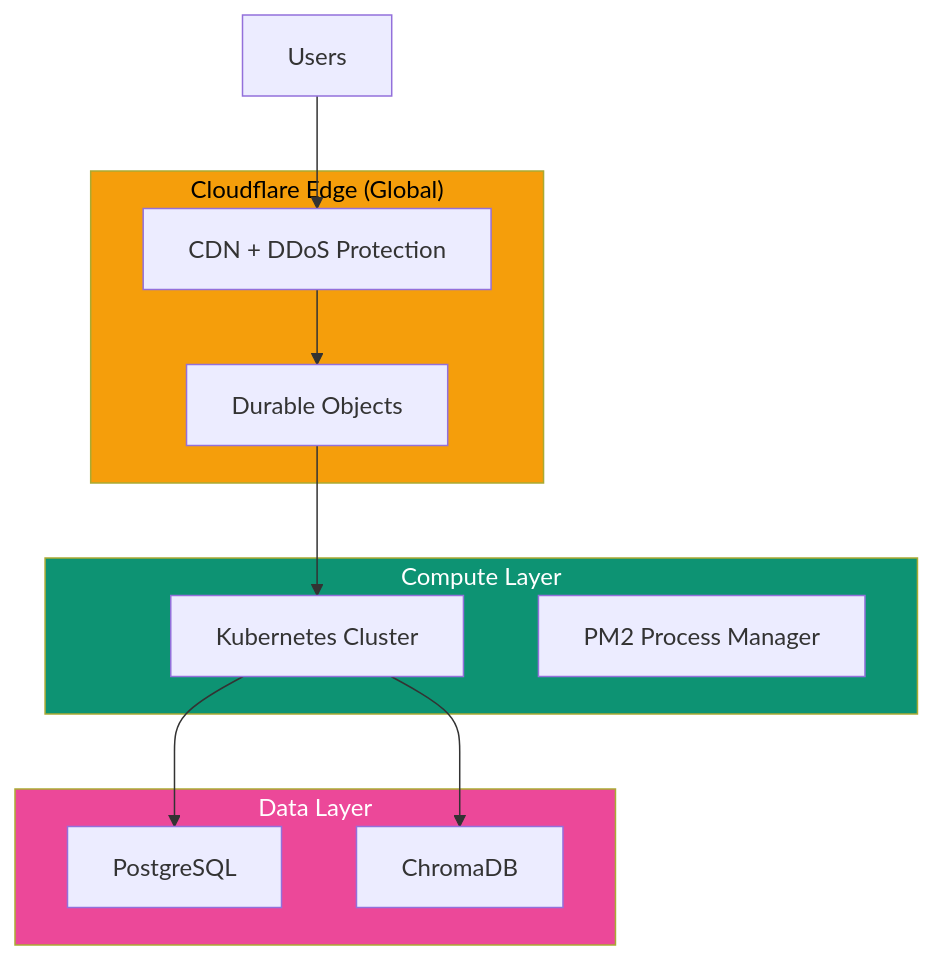
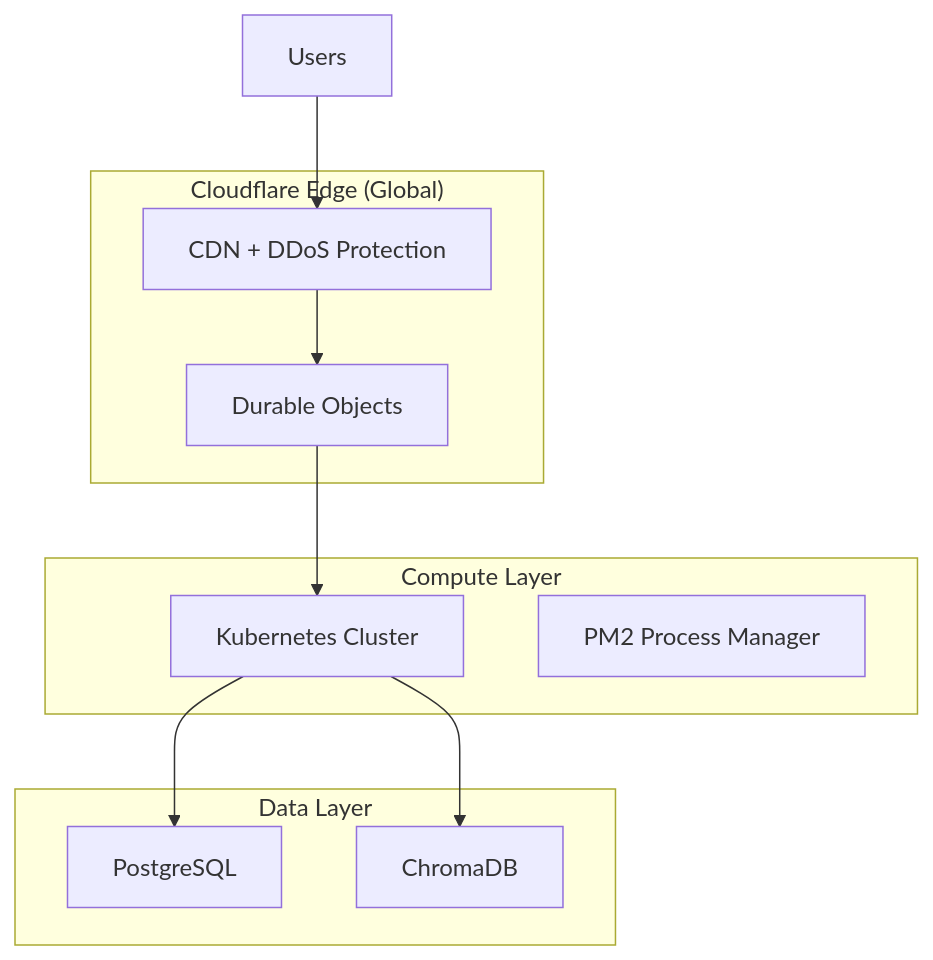
One commit to ashishsuperatom/tech-docs changed the diagram in architecture/infrastructure.mdx. Above: the diagram before and after it, drawn with Mermaid. The commit also changed 37 other files, not shown here.

First line of the commit message:
Clean up docs: remove em-dashes, fix mermaid diagrams, remove emojis

````diff
--- a/architecture/infrastructure.mdx
+++ b/architecture/infrastructure.mdx
@@ -9,27 +9,24 @@
 ```mermaid
 flowchart TB
     subgraph EDGE["Cloudflare Edge (Global)"]
         CF["CDN + DDoS Protection"]
         DO["Durable Objects"]
     end
 
     subgraph COMPUTE["Compute Layer"]
         K8S["Kubernetes Cluster"]
         PM2["PM2 Process Manager"]
     end
 
     subgraph DATA["Data Layer"]
         PG["PostgreSQL"]
         CHROMA["ChromaDB"]
     end
 
     USERS["Users"] --> CF
     CF --> DO
     DO --> K8S
     K8S --> PG
     K8S --> CHROMA
 
-    style EDGE fill:#f59e0b,color:#000
-    style COMPUTE fill:#0D9373,color:#fff
-    style DATA fill:#ec4899,color:#fff
 ```
````
